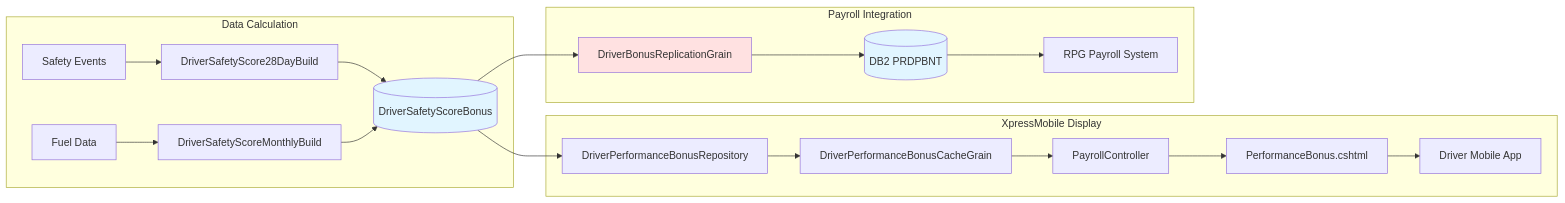
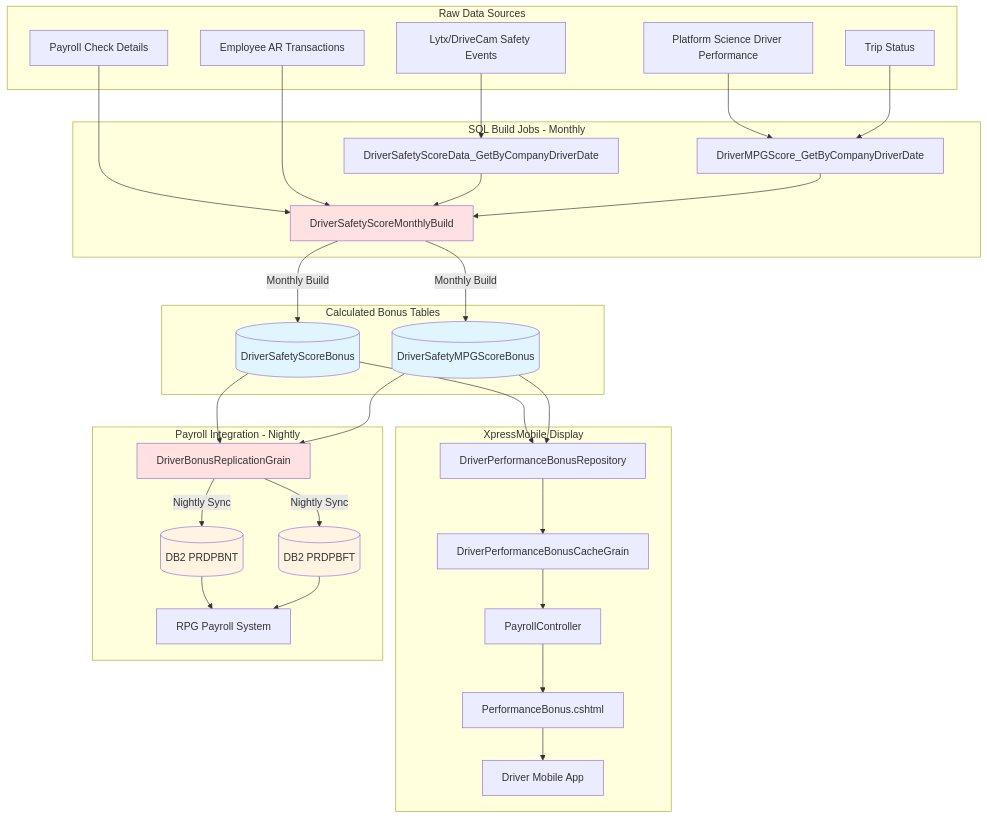
One commit to buddy-james/xm-docs changed the fourth of 4 diagrams in features/bonus/engineering-deep-dive.md. Above: the diagram before and after it, drawn with Mermaid. The commit also changed other lines of this file and 1 other file, not shown here.

Commit message:
Add SQL bonus calculation/build procedures documentation and complete architecture diagrams

````diff
--- a/features/bonus/engineering-deep-dive.md
+++ b/features/bonus/engineering-deep-dive.md
@@ -403,27 +623,69 @@
 ```mermaid
-graph LR
-    subgraph "Data Calculation"
-        A[Safety Events] --> B[DriverSafetyScore28DayBuild]
-        C[Fuel Data] --> D[DriverSafetyScoreMonthlyBuild]
-        B --> E[(DriverSafetyScoreBonus)]
-        D --> E
+graph TB
+    subgraph "Raw Data Sources"
+        A1[Lytx/DriveCam Safety Events]
+        A2[Platform Science Driver Performance]
+        A3[Trip Status]
+        A4[Payroll Check Details]
+        A5[Employee AR Transactions]
+    end
+    
+    subgraph "SQL Build Jobs - Monthly"
+        B1[DriverSafetyScoreData_GetByCompanyDriverDate]
+        B2[DriverMPGScore_GetByCompanyDriverDate]
+        B3[DriverSafetyScoreMonthlyBuild]
+    end
+    
+    subgraph "Calculated Bonus Tables"
+        C1[(DriverSafetyScoreBonus)]
+        C2[(DriverSafetyMPGScoreBonus)]
     end
     
     subgraph "XpressMobile Display"
-        E --> F[DriverPerformanceBonusRepository]
-        F --> G[DriverPerformanceBonusCacheGrain]
-        G --> H[PayrollController]
-        H --> I[PerformanceBonus.cshtml]
-        I --> J[Driver Mobile App]
+        D1[DriverPerformanceBonusRepository]
+        D2[DriverPerformanceBonusCacheGrain]
+        D3[PayrollController]
+        D4[PerformanceBonus.cshtml]
+        D5[Driver Mobile App]
     end
     
-    subgraph "Payroll Integration"
-        E --> K[DriverBonusReplicationGrain]
-        K --> L[(DB2 PRDPBNT)]
-        L --> M[RPG Payroll System]
+    subgraph "Payroll Integration - Nightly"
+        E1[DriverBonusReplicationGrain]
+        E2[(DB2 PRDPBNT)]
+        E3[(DB2 PRDPBFT)]
+        E4[RPG Payroll System]
     end
     
-    style E fill:#e1f5ff
-    style L fill:#e1f5ff
-    style K fill:#ffe1e1
+    A1 --> B1
+    A2 --> B2
+    A3 --> B2
+    A4 --> B3
+    A5 --> B3
+    
+    B1 --> B3
+    B2 --> B3
+    
+    B3 -->|Monthly Build| C1
+    B3 -->|Monthly Build| C2
+    
+    C1 --> D1
+    C2 --> D1
+    D1 --> D2
+    D2 --> D3
+    D3 --> D4
+    D4 --> D5
+    
+    C1 --> E1
+    C2 --> E1
+    E1 -->|Nightly Sync| E2
+    E1 -->|Nightly Sync| E3
+    E2 --> E4
+    E3 --> E4
+    
+    style B3 fill:#ffe1e1
+    style C1 fill:#e1f5ff
+    style C2 fill:#e1f5ff
+    style E1 fill:#ffe1e1
+    style E2 fill:#fff4e1
+    style E3 fill:#fff4e1
 ```
````
